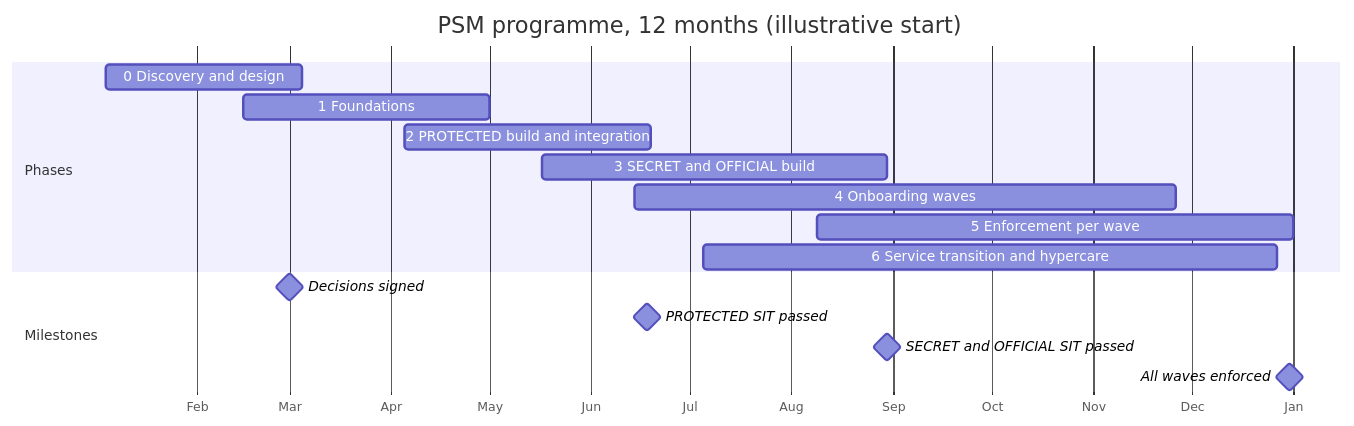
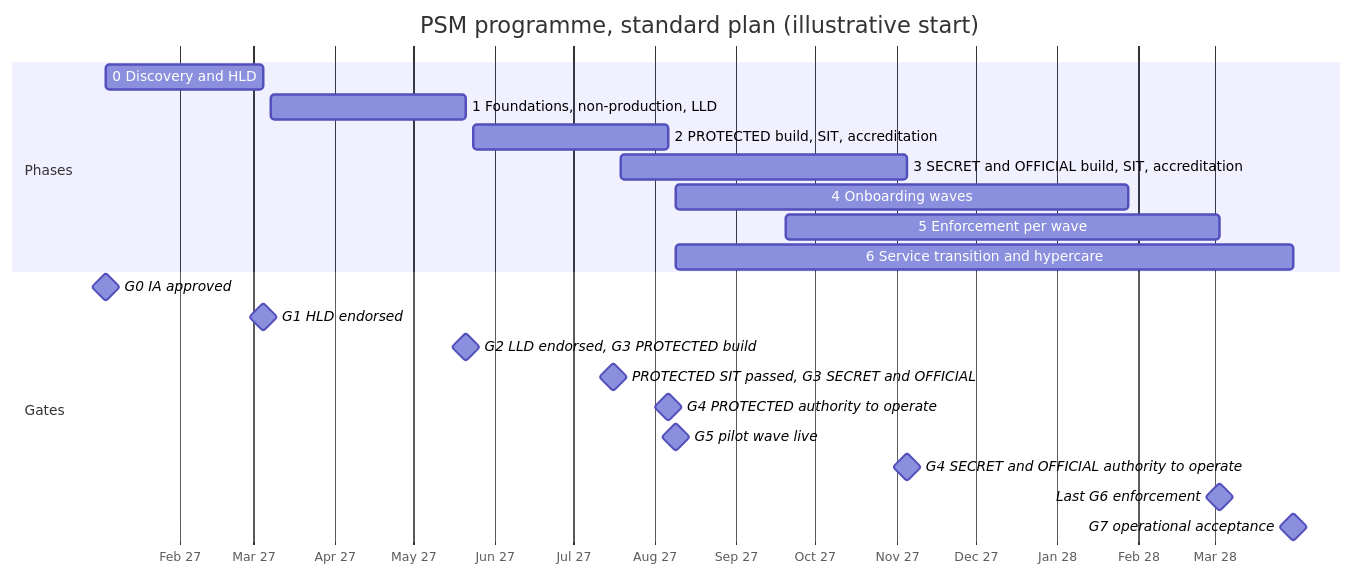
The tenth of 11 diagrams in docs/cyberark-psm/impact-assessment.md (cnampalli/CB-Raap-Vault), drawn with Mermaid before and after one commit. The commit also changed other lines of this file, not shown here.

First line of the commit message:
docs(psm): impact assessment v0.9 - stakeholder review, gates, design deliverables

````diff
--- a/docs/cyberark-psm/impact-assessment.md
+++ b/docs/cyberark-psm/impact-assessment.md
@@ -1081,19 +1588,24 @@
 ```mermaid
 gantt
-    title PSM programme, 12 months (illustrative start)
+    title PSM programme, standard plan (illustrative start)
     dateFormat YYYY-MM-DD
-    axisFormat %b
+    axisFormat %b %y
     section Phases
-    0 Discovery and design            :p0, 2027-01-04, 60d
-    1 Foundations                     :p1, 2027-02-15, 75d
-    2 PROTECTED build and integration :p2, 2027-04-05, 75d
-    3 SECRET and OFFICIAL build        :p3, 2027-05-17, 105d
-    4 Onboarding waves                :p4, 2027-06-14, 165d
-    5 Enforcement per wave            :p5, 2027-08-09, 145d
-    6 Service transition and hypercare:p6, 2027-07-05, 175d
-    section Milestones
-    Decisions signed                  :milestone, m1, 2027-03-01, 0d
-    PROTECTED SIT passed              :milestone, m2, 2027-06-18, 0d
-    SECRET and OFFICIAL SIT passed    :milestone, m3, 2027-08-30, 0d
-    All waves enforced                :milestone, m4, 2027-12-31, 0d
+    0 Discovery and HLD                     :p0, 2027-01-04, 2027-03-05
+    1 Foundations, non-production, LLD      :p1, 2027-03-08, 2027-05-21
+    2 PROTECTED build, SIT, accreditation   :p2, 2027-05-24, 2027-08-06
+    3 SECRET and OFFICIAL build, SIT, accreditation :p3, 2027-07-19, 2027-11-05
+    4 Onboarding waves                      :p4, 2027-08-09, 2028-01-28
+    5 Enforcement per wave                  :p5, 2027-09-20, 2028-03-03
+    6 Service transition and hypercare      :p6, 2027-08-09, 2028-03-31
+    section Gates
+    G0 IA approved                          :milestone, g0, 2027-01-04, 0d
+    G1 HLD endorsed                         :milestone, g1, 2027-03-05, 0d
+    G2 LLD endorsed, G3 PROTECTED build     :milestone, g2, 2027-05-21, 0d
+    PROTECTED SIT passed, G3 SECRET and OFFICIAL :milestone, s1, 2027-07-16, 0d
+    G4 PROTECTED authority to operate       :milestone, g4a, 2027-08-06, 0d
+    G5 pilot wave live                      :milestone, g5, 2027-08-09, 0d
+    G4 SECRET and OFFICIAL authority to operate :milestone, g4b, 2027-11-05, 0d
+    Last G6 enforcement                     :milestone, g6, 2028-03-03, 0d
+    G7 operational acceptance               :milestone, g7, 2028-03-31, 0d
 ```
````
